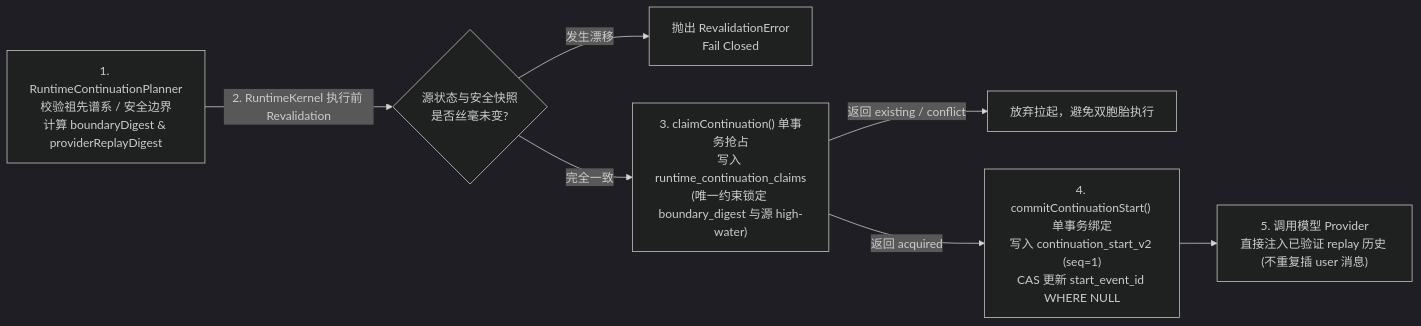
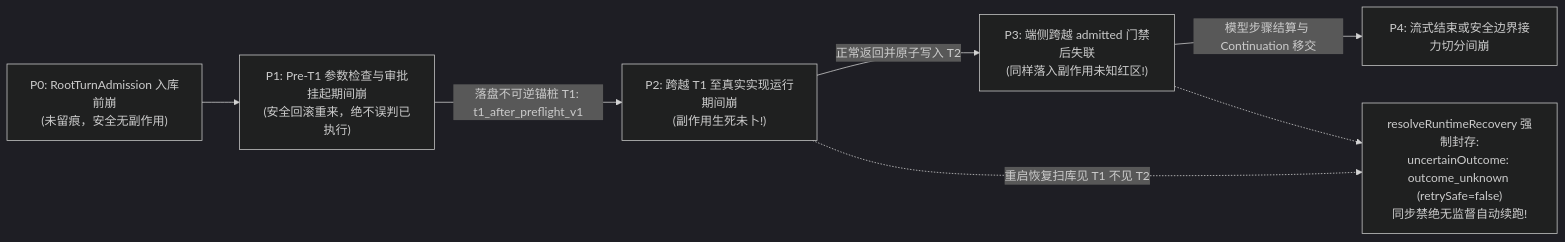
Before and after one commit to suger-m/agent-infrastructure-docs: the diagram in maka-agent-infra/04-state/durable-execution.md, drawn with Mermaid (dark theme). The commit also changed other lines of this file and 33 other files, not shown here.

Commit message:
docs(ts): overhaul all 32 TS architecture chapters in razor-sharp microkernel style & polish Rust foundations

````diff
--- a/maka-agent-infra/04-state/durable-execution.md
+++ b/maka-agent-infra/04-state/durable-execution.md
@@ -204,9 +19,10 @@
 ```mermaid
 flowchart LR
-    Planner["1. RuntimeContinuationPlanner<br/>校验祖先谱系 / 安全边界<br/>计算 boundaryDigest & providerReplayDigest"] -->|"2. RuntimeKernel 执行前 Revalidation"| Reval{"源状态与安全快照<br/>是否丝毫未变?"}
-    Reval -->|"发生漂移"| Abort["抛出 RevalidationError<br/>Fail Closed"]
-    Reval -->|"完全一致"| Claim["3. claimContinuation() 单事务抢占<br/>写入 runtime_continuation_claims<br/>(唯一约束锁定 boundary_digest 与源 high-water)"]
-    Claim -->|"返回 existing / conflict"| Parked["放弃拉起，避免双胞胎执行"]
-    Claim -->|"返回 acquired"| Start["4. commitContinuationStart() 单事务绑定<br/>写入 continuation_start_v2 (seq=1)<br/>CAS 更新 start_event_id WHERE NULL"]
-    Start --> Provider["5. 调用模型 Provider<br/>直接注入已验证 replay 历史 (不重复插 user 消息)"]
+    P0["P0: RootTurnAdmission 入库前崩<br/>(未留痕，安全无副作用)"] --> P1["P1: Pre-T1 参数检查与审批挂起期间崩<br/>(安全回滚重来，绝不误判已执行)"]
+    P1 -->|"落盘不可逆锚桩 T1: t1_after_preflight_v1"| P2["P2: 跨越 T1 至真实实现运行期间崩<br/>(副作用生死未卜!)"]
+    P2 -->|"正常返回并原子写入 T2"| P3["P3: 端侧跨越 admitted 门禁后失联<br/>(同样落入副作用未知红区!)"]
+    P3 -->|"模型步骤结算与 Continuation 移交"| P4["P4: 流式结束或安全边界接力切分间崩"]
+
+    P2 -.->|"重启恢复扫库见 T1 不见 T2"| SealUnknown["resolveRuntimeRecovery 强制封存:<br/>uncertainOutcome: outcome_unknown (retrySafe=false)<br/>同步禁绝无监督自动续跑!"]
+    P3 -.-> SealUnknown
 ```
````
